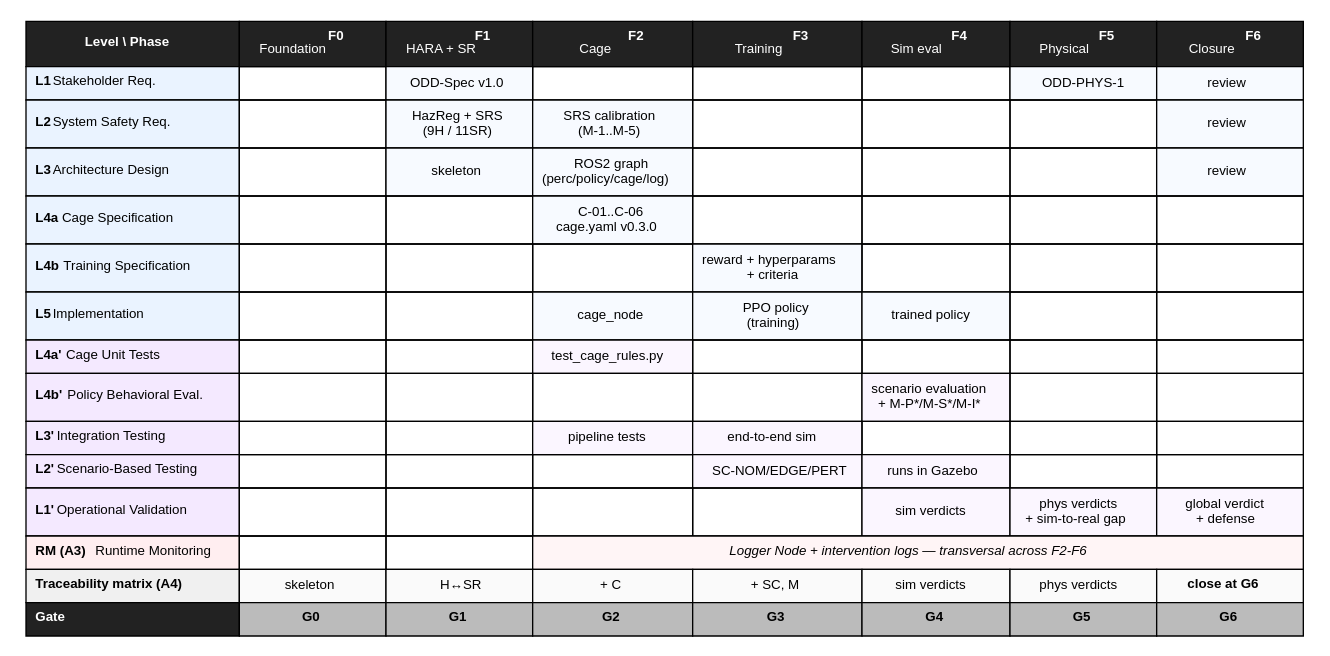
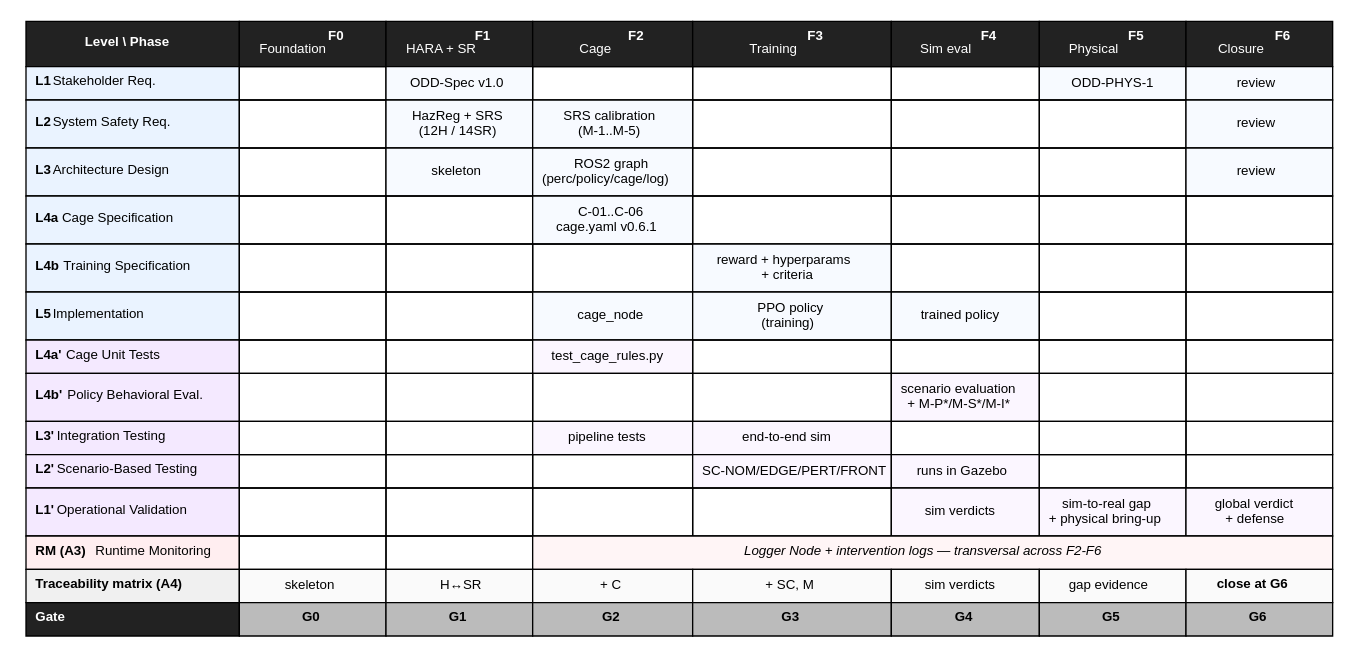
Before and after one commit to snchz46/MT-SE4AI-Safe-RL-Cobraflex: the diagram in manuscript/figures/fig_3_4_project_phases.dot, drawn with Graphviz. The commit also changed 92 other files, not shown here.

```diff
--- a/manuscript/figures/fig_3_4_project_phases.dot
+++ b/manuscript/figures/fig_3_4_project_phases.dot
@@ -71,7 +71,7 @@
     <TR>
         <TD BGCOLOR="#eaf3ff" ALIGN="LEFT"><B>L2</B> System Safety Req.</TD>
         <TD></TD>
-        <TD BGCOLOR="#f7faff">HazReg + SRS<BR/>(9H / 11SR)</TD>
+        <TD BGCOLOR="#f7faff">HazReg + SRS<BR/>(12H / 14SR)</TD>
         <TD BGCOLOR="#f7faff">SRS calibration<BR/>(M-1..M-5)</TD>
         <TD></TD>
         <TD></TD>
@@ -92,7 +92,7 @@
         <TD BGCOLOR="#eaf3ff" ALIGN="LEFT"><B>L4a</B> Cage Specification</TD>
         <TD></TD>
         <TD></TD>
-        <TD BGCOLOR="#f7faff">C-01..C-06<BR/>cage.yaml v0.3.0</TD>
+        <TD BGCOLOR="#f7faff">C-01..C-06<BR/>cage.yaml v0.6.1</TD>
         <TD></TD>
         <TD></TD>
         <TD></TD>
@@ -157,7 +157,7 @@
         <TD></TD>
         <TD></TD>
         <TD></TD>
-        <TD BGCOLOR="#fbf6ff">SC-NOM/EDGE/PERT</TD>
+        <TD BGCOLOR="#fbf6ff">SC-NOM/EDGE/PERT/FRONT</TD>
         <TD BGCOLOR="#fbf6ff">runs in Gazebo</TD>
         <TD></TD>
         <TD></TD>
@@ -169,7 +169,7 @@
         <TD></TD>
         <TD></TD>
         <TD BGCOLOR="#fbf6ff">sim verdicts</TD>
-        <TD BGCOLOR="#fbf6ff">phys verdicts<BR/>+ sim-to-real gap</TD>
+        <TD BGCOLOR="#fbf6ff">sim-to-real gap<BR/>+ physical bring-up</TD>
         <TD BGCOLOR="#fbf6ff">global verdict<BR/>+ defense</TD>
     </TR>
 
@@ -195,7 +195,7 @@
         <TD BGCOLOR="#fafafa" ALIGN="CENTER">+ C</TD>
         <TD BGCOLOR="#fafafa" ALIGN="CENTER">+ SC, M</TD>
         <TD BGCOLOR="#fafafa" ALIGN="CENTER">sim verdicts</TD>
-        <TD BGCOLOR="#fafafa" ALIGN="CENTER">phys verdicts</TD>
+        <TD BGCOLOR="#fafafa" ALIGN="CENTER">gap evidence</TD>
         <TD BGCOLOR="#fafafa" ALIGN="CENTER"><B>close at G6</B></TD>
     </TR>
     <TR>
```
